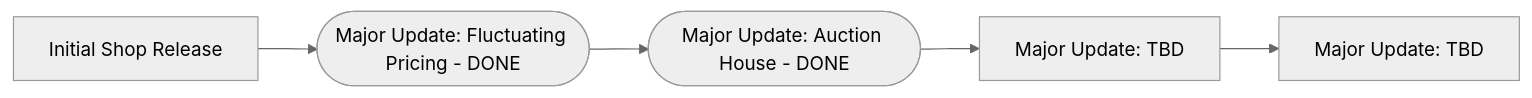
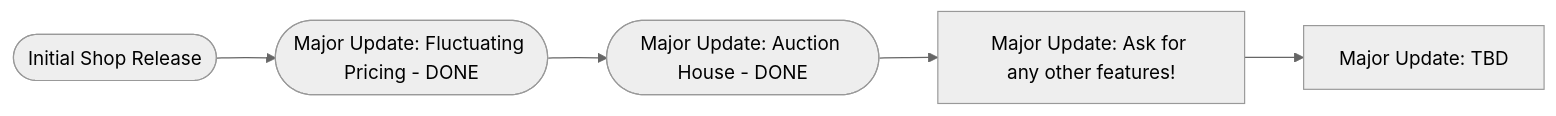
One commit to Velocity-R/Velocitys-Shop changed the diagram in README.md. Above: the diagram before and after it, drawn with Mermaid (neutral theme).

Commit message:
Update flowchart in README for clarity

````diff
--- a/README.md
+++ b/README.md
@@ -15,9 +15,9 @@
 ```mermaid
 flowchart LR
     %% Phase# --> Phase#[Major Update: ] P#_Sub#[Minor Update: ]
 
-    Start[Initial Shop Release] --> Phase1([Major Update: Fluctuating Pricing - DONE])
+    Start([Initial Shop Release]) --> Phase1([Major Update: Fluctuating Pricing - DONE])
     Phase1 --> Phase2([Major Update: Auction House - DONE])
-    Phase2 --> Phase3[Major Update: TBD]
+    Phase2 --> Phase3[Major Update: Ask for any other features!]
     Phase3 --> End[Major Update: TBD]
 ```
````
